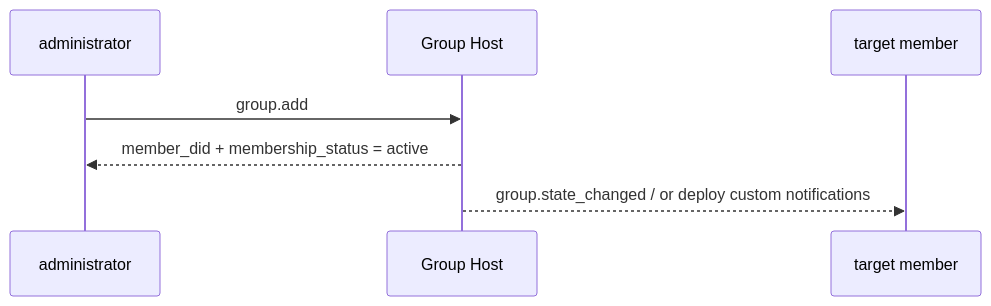
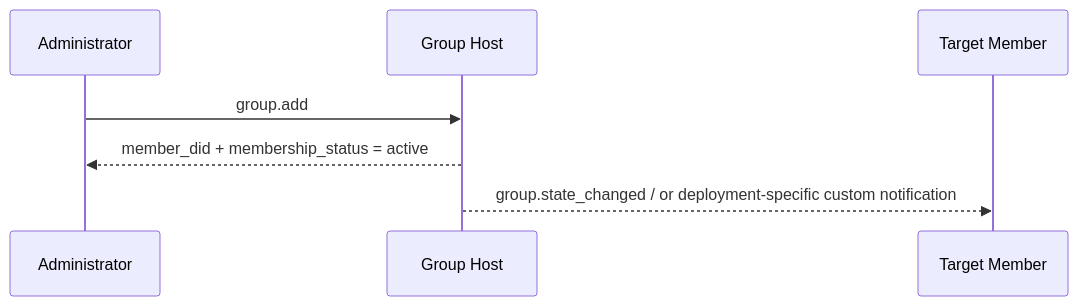
Before and after one commit to NeatNerdPrime/AgentNetworkProtocol: the third of 4 diagrams in message/04-group-messaging-base-semantics.md, drawn with Mermaid. The commit also changed other lines of this file and 7 other files, not shown here.

````diff
--- a/message/04-group-messaging-base-semantics.md
+++ b/message/04-group-messaging-base-semantics.md
@@ -939,10 +922,10 @@
 ```mermaid
 sequenceDiagram
-    participant A as administrator
+    participant A as Administrator
     participant H as Group Host
-    participant B as target member
+    participant B as Target Member
 
     A->>H: group.add
     H-->>A: member_did + membership_status = active
-    H-->>B: group.state_changed / or deploy custom notifications
+    H-->>B: group.state_changed / or deployment-specific custom notification
 ```
````
